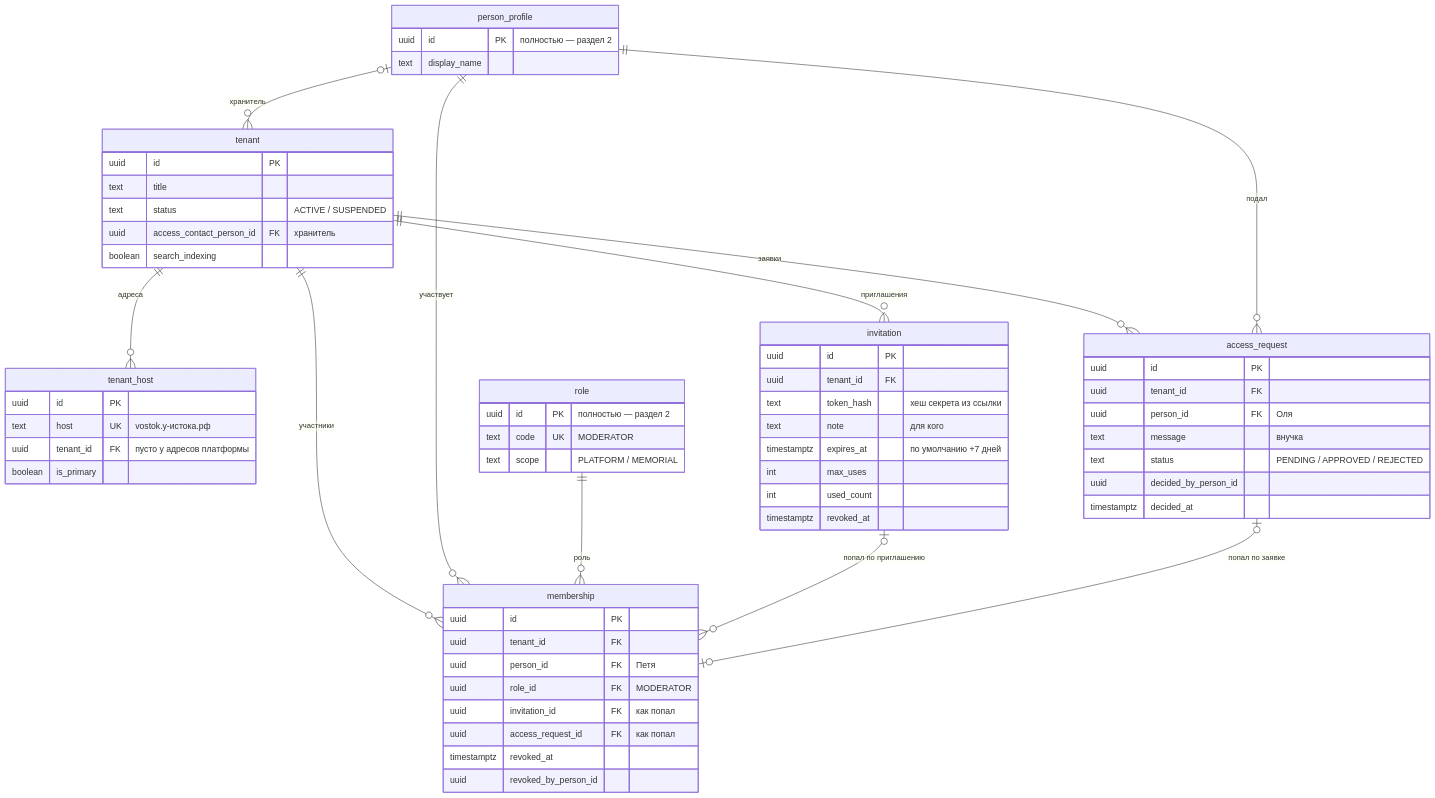
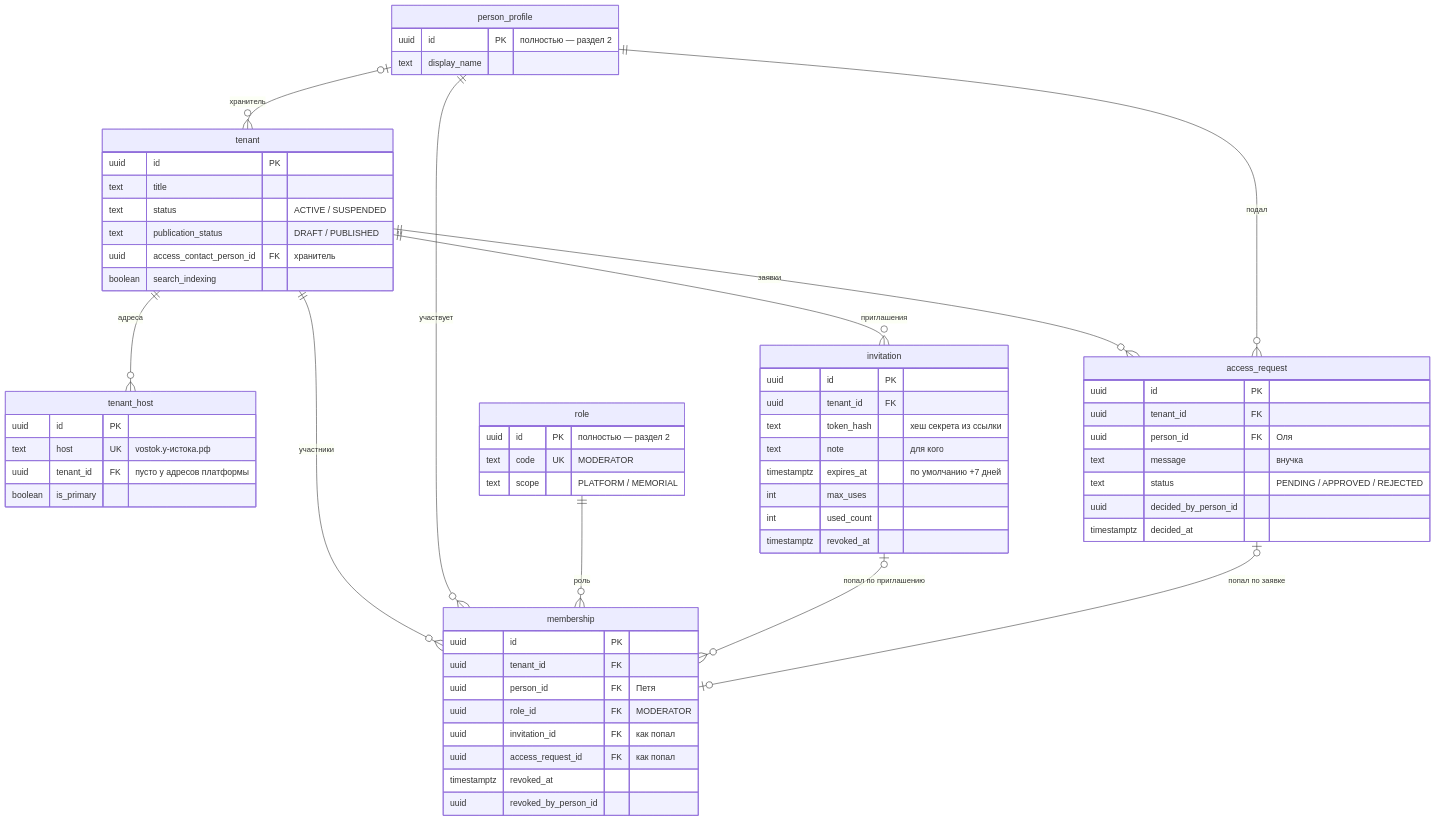
The fourth of 6 diagrams in domain_model/Access-schema.md (KiraKhvan/memory_docs), drawn with Mermaid before and after one commit. The commit also changed other lines of this file and 3 other files, not shown here.

````diff
--- a/domain_model/Access-schema.md
+++ b/domain_model/Access-schema.md
@@ -150,64 +150,65 @@
 ```mermaid
 erDiagram
     tenant ||--o{ tenant_host : "адреса"
     tenant ||--o{ membership : "участники"
     person_profile ||--o{ membership : "участвует"
     role ||--o{ membership : "роль"
     tenant ||--o{ invitation : "приглашения"
     invitation |o--o{ membership : "попал по приглашению"
     tenant ||--o{ access_request : "заявки"
     person_profile ||--o{ access_request : "подал"
     access_request |o--o| membership : "попал по заявке"
     person_profile |o--o{ tenant : "хранитель"
     tenant {
         uuid id PK
         text title
         text status "ACTIVE / SUSPENDED"
+        text publication_status "DRAFT / PUBLISHED"
         uuid access_contact_person_id FK "хранитель"
         boolean search_indexing
     }
     tenant_host {
         uuid id PK
         text host UK "vostok.у-истока.рф"
         uuid tenant_id FK "пусто у адресов платформы"
         boolean is_primary
     }
     membership {
         uuid id PK
         uuid tenant_id FK
         uuid person_id FK "Петя"
         uuid role_id FK "MODERATOR"
         uuid invitation_id FK "как попал"
         uuid access_request_id FK "как попал"
         timestamptz revoked_at
         uuid revoked_by_person_id
     }
     invitation {
         uuid id PK
         uuid tenant_id FK
         text token_hash "хеш секрета из ссылки"
         text note "для кого"
         timestamptz expires_at "по умолчанию +7 дней"
         int max_uses
         int used_count
         timestamptz revoked_at
     }
     access_request {
         uuid id PK
         uuid tenant_id FK
         uuid person_id FK "Оля"
         text message "внучка"
         text status "PENDING / APPROVED / REJECTED"
         uuid decided_by_person_id
         timestamptz decided_at
     }
     person_profile {
         uuid id PK "полностью — раздел 2"
         text display_name
     }
     role {
         uuid id PK "полностью — раздел 2"
         text code UK "MODERATOR"
         text scope "PLATFORM / MEMORIAL"
     }
 ```
````
